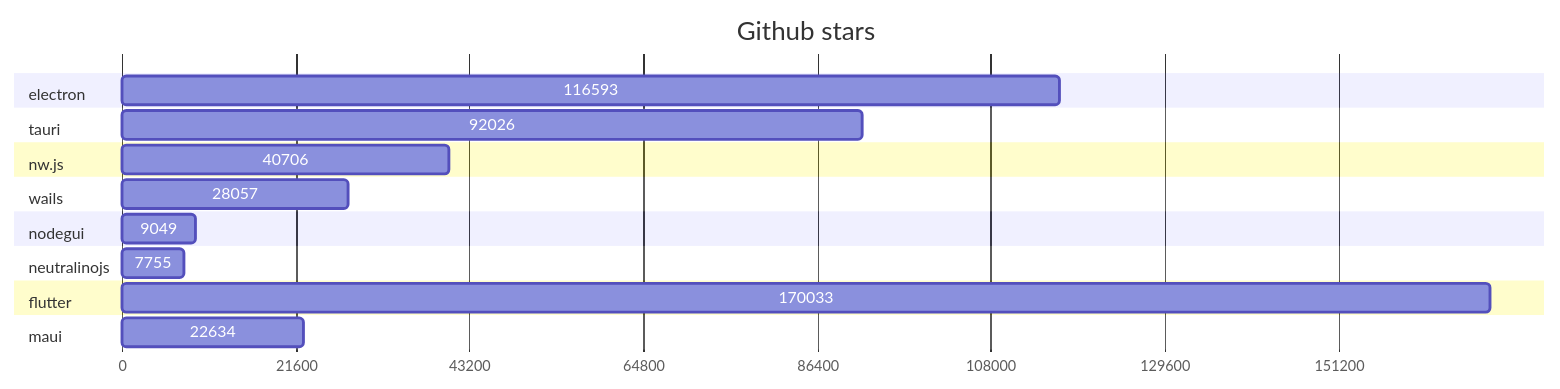
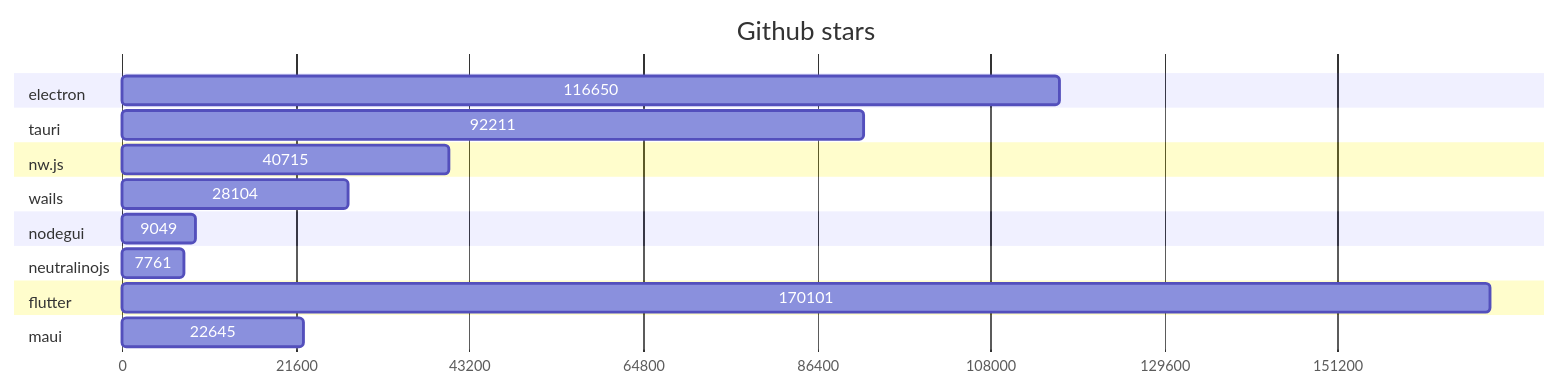
The first of 2 diagrams in GRAPHS.md (Elanis/web-to-desktop-framework-comparison), drawn with Mermaid before and after one commit. The commit also changed other lines of this file and 2 other files, not shown here.

Commit message:
Update stars & Fork

````diff
--- a/GRAPHS.md
+++ b/GRAPHS.md
@@ -5,40 +5,40 @@
 ```mermaid
 gantt
     title Github stars
     dateFormat  X
     axisFormat %s
 
 
 	section electron
-	116593 : 0, 116593
+	116650 : 0, 116650
 
 	
 	section tauri
-	92026 : 0, 92026
+	92211 : 0, 92211
 
 	
 	section nw.js
-	40706 : 0, 40706
+	40715 : 0, 40715
 
 	
 	section wails
-	28057 : 0, 28057
+	28104 : 0, 28104
 
 	
 	section nodegui
 	9049 : 0, 9049
 
 	
 	section neutralinojs
-	7755 : 0, 7755
+	7761 : 0, 7761
 
 	
 	section flutter
-	170033 : 0, 170033
+	170101 : 0, 170101
 
 	
 	section maui
-	22634 : 0, 22634
+	22645 : 0, 22645
 
 	
 ```
````
